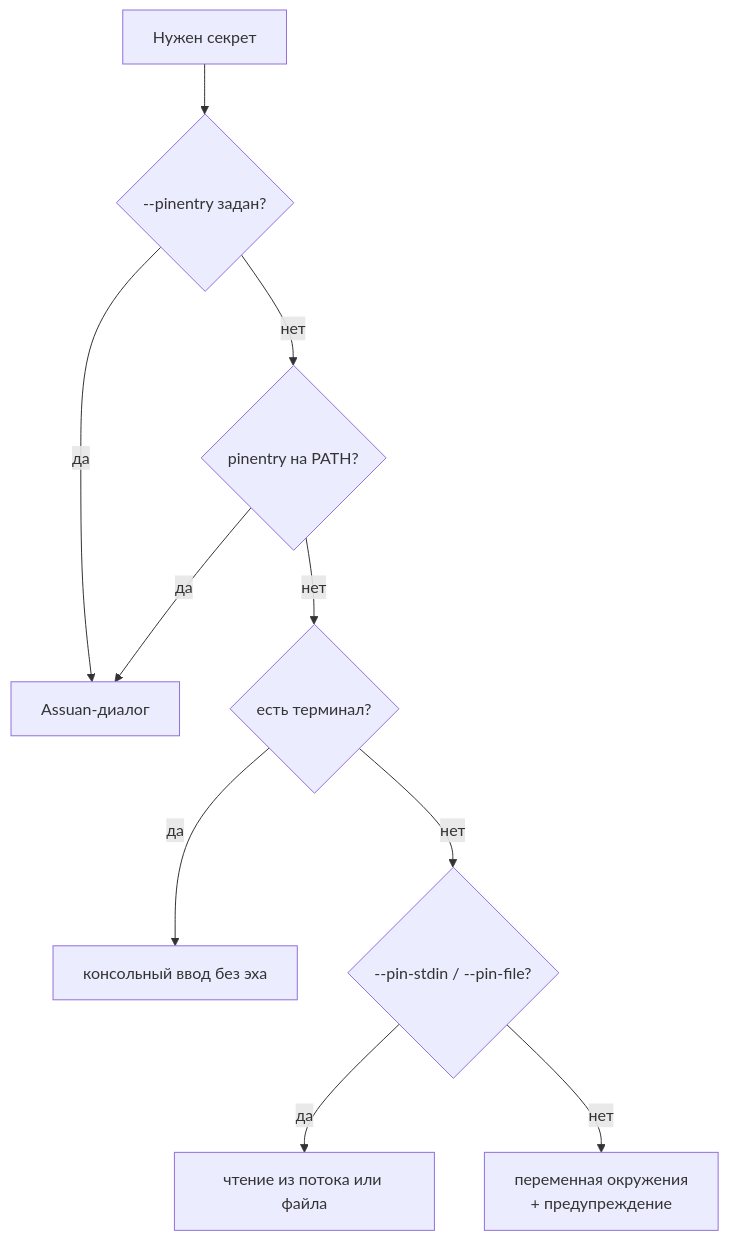
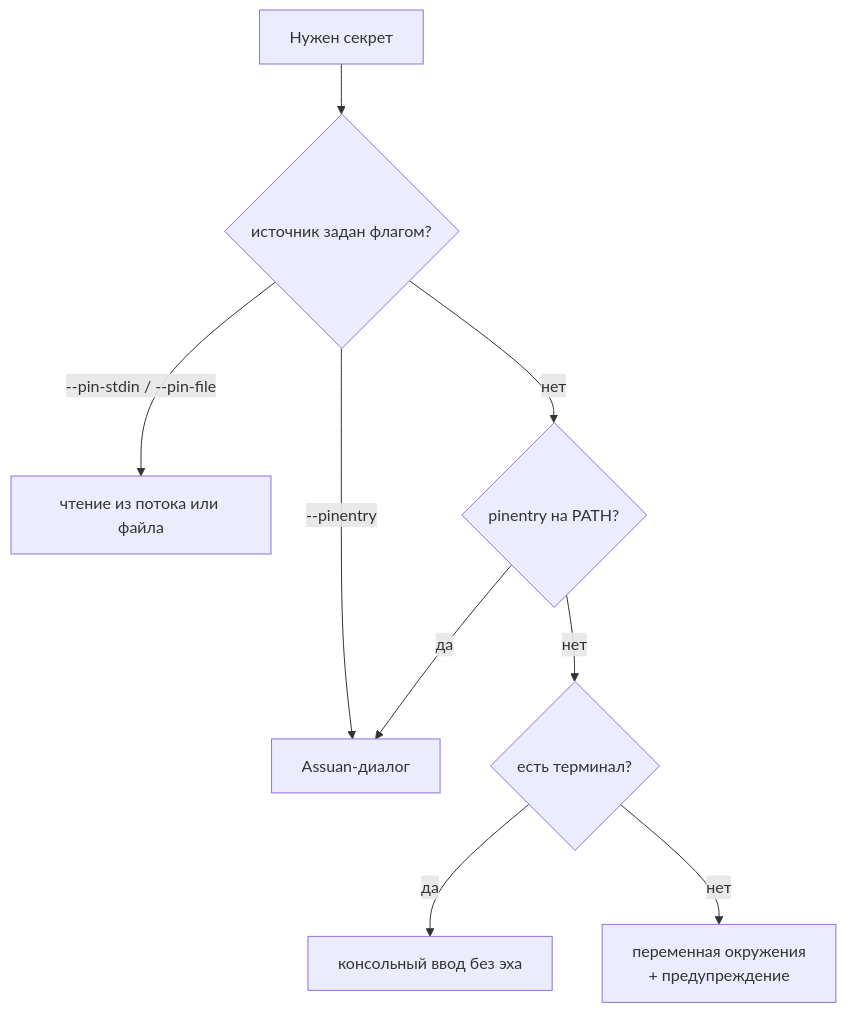
Before and after one commit to TesseraLabs/tessera: the diagram in openspec/changes/issuer-secret-input/specs/issuer-signing/spec.md, drawn with Mermaid. The commit also changed other lines of this file and 11 other files, not shown here.

````diff
--- a/openspec/changes/issuer-secret-input/specs/issuer-signing/spec.md
+++ b/openspec/changes/issuer-secret-input/specs/issuer-signing/spec.md
@@ -22,12 +27,11 @@
 ```mermaid
 graph TD
-  A["Нужен секрет"] --> B{"--pinentry задан?"}
-  B -->|да| C["Assuan-диалог"]
-  B -->|нет| D{"pinentry на PATH?"}
-  D -->|да| C
-  D -->|нет| E{"есть терминал?"}
-  E -->|да| F["консольный ввод без эха"]
-  E -->|нет| G{"--pin-stdin / --pin-file?"}
-  G -->|да| H["чтение из потока или файла"]
-  G -->|нет| I["переменная окружения<br/>+ предупреждение"]
+  A["Нужен секрет"] --> B{"источник задан флагом?"}
+  B -->|--pinentry| C["Assuan-диалог"]
+  B -->|--pin-stdin / --pin-file| D["чтение из потока или файла"]
+  B -->|нет| E{"pinentry на PATH?"}
+  E -->|да| C
+  E -->|нет| F{"есть терминал?"}
+  F -->|да| G["консольный ввод без эха"]
+  F -->|нет| H["переменная окружения<br/>+ предупреждение"]
 ```
````
